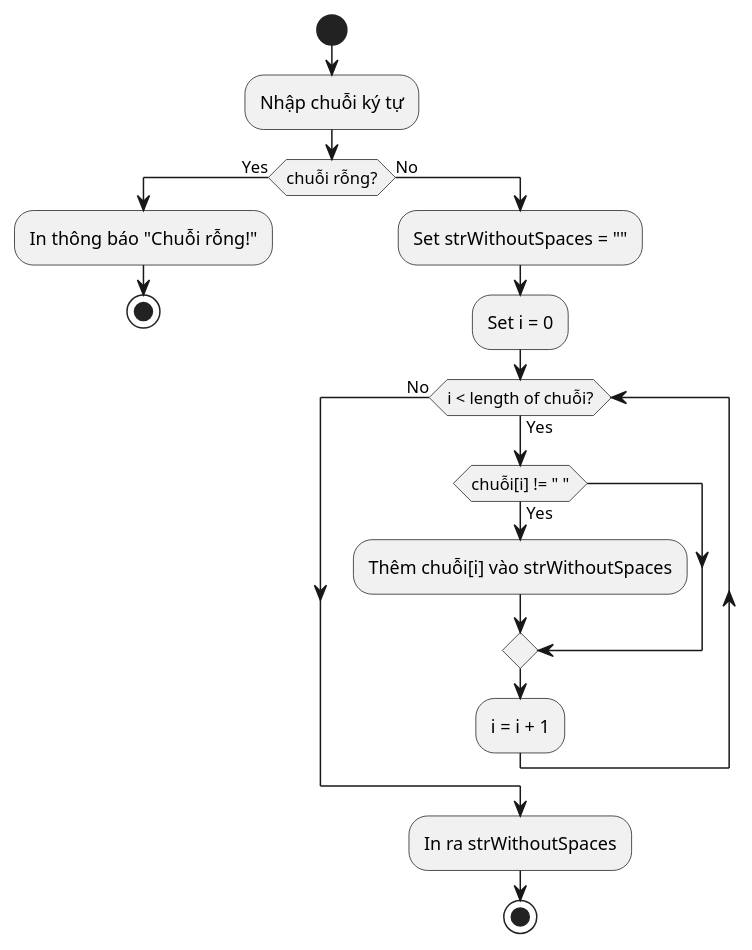
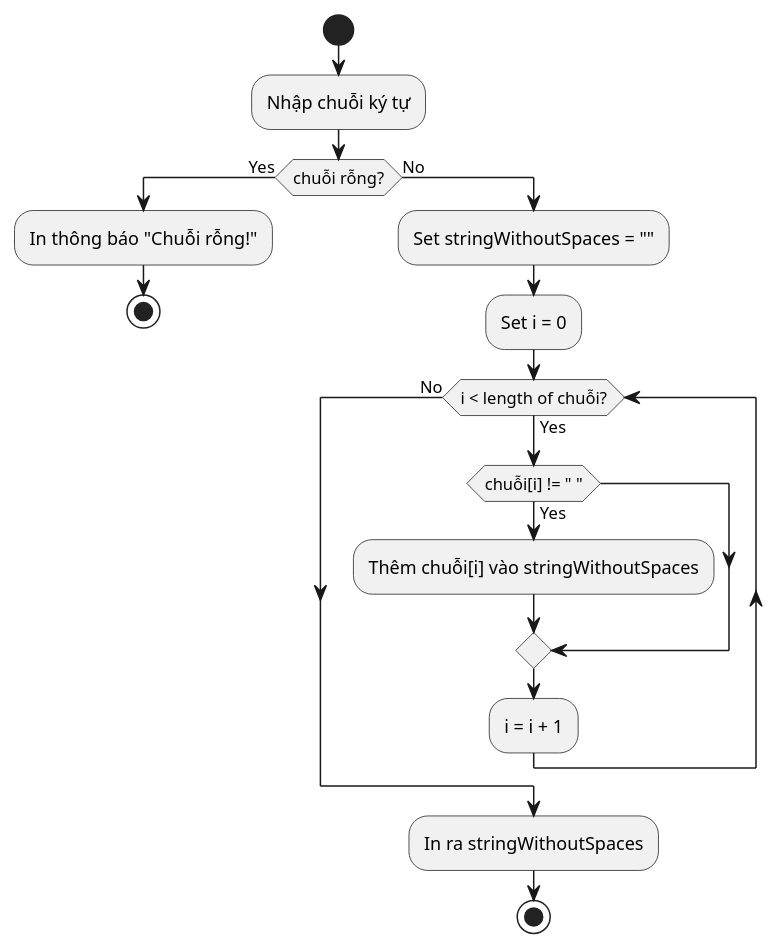
Before and after one commit to manhcuongno3/SET-619: the diagram in e4/4b.puml, drawn with PlantUML. The commit also changed 13 other files, not shown here.

```diff
--- a/e4/4b.puml
+++ b/e4/4b.puml
@@ -1,18 +1,18 @@
 @startuml 4
 start
 :Nhập chuỗi ký tự;
 if (chuỗi rỗng?) then (Yes)
 :In thông báo "Chuỗi rỗng!";
 stop
 else (No)
-:Set strWithoutSpaces = "";
+:Set stringWithoutSpaces = "";
 :Set i = 0;
 while (i < length of chuỗi?) is (Yes)
     if (chuỗi[i] != " ") then (Yes)
-        :Thêm chuỗi[i] vào strWithoutSpaces;
+        :Thêm chuỗi[i] vào stringWithoutSpaces;
     endif
     :i = i + 1;
 endwhile (No)
-:In ra strWithoutSpaces;
+:In ra stringWithoutSpaces;
 stop
 @enduml
```
